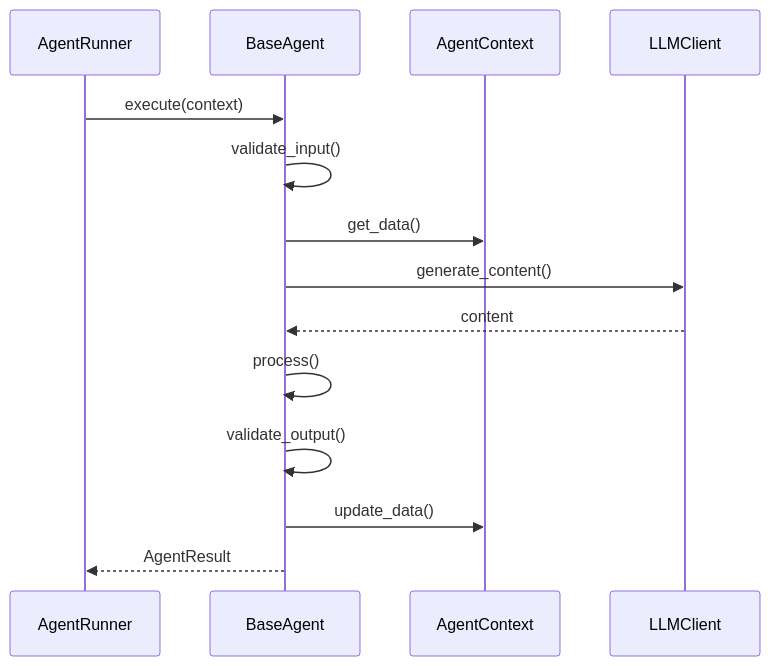
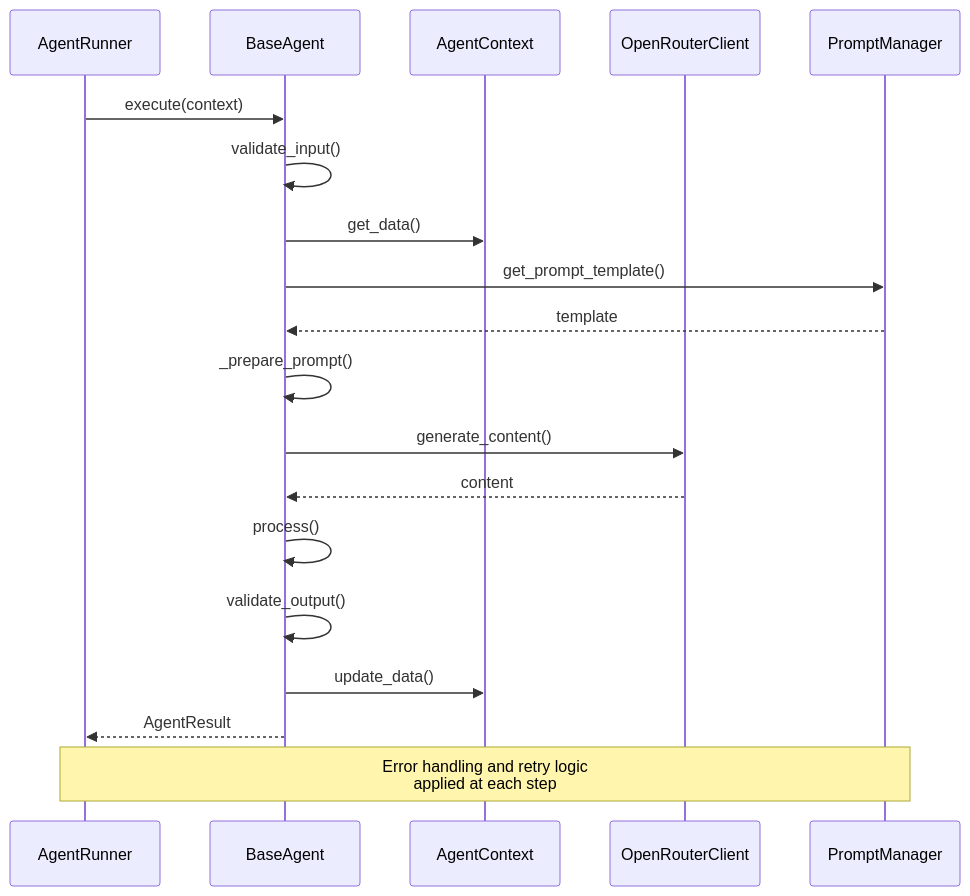
The second of 4 diagrams in Content/Architecture/Design/Agent-Architecture.md (tmcfar/plotweaver-docs), drawn with Mermaid before and after one commit. The commit also changed other lines of this file, not shown here.

First line of the commit message:
Based on the comprehensive update to the Agent-Architecture.md file, I'll generate a concise commit message that captures the essence of the changes:

````diff
--- a/Content/Architecture/Design/Agent-Architecture.md
+++ b/Content/Architecture/Design/Agent-Architecture.md
@@ -117,17 +217,23 @@
 ```mermaid
 sequenceDiagram
     participant Runner as AgentRunner
     participant Agent as BaseAgent
     participant Context as AgentContext
-    participant LLM as LLMClient
+    participant LLM as OpenRouterClient
+    participant PromptMgr as PromptManager
 
     Runner->>Agent: execute(context)
     Agent->>Agent: validate_input()
     Agent->>Context: get_data()
+    Agent->>PromptMgr: get_prompt_template()
+    PromptMgr-->>Agent: template
+    Agent->>Agent: _prepare_prompt()
     Agent->>LLM: generate_content()
     LLM-->>Agent: content
     Agent->>Agent: process()
     Agent->>Agent: validate_output()
     Agent->>Context: update_data()
     Agent-->>Runner: AgentResult
+    
+    Note over Runner,PromptMgr: Error handling and retry logic<br/>applied at each step
 ```
````
